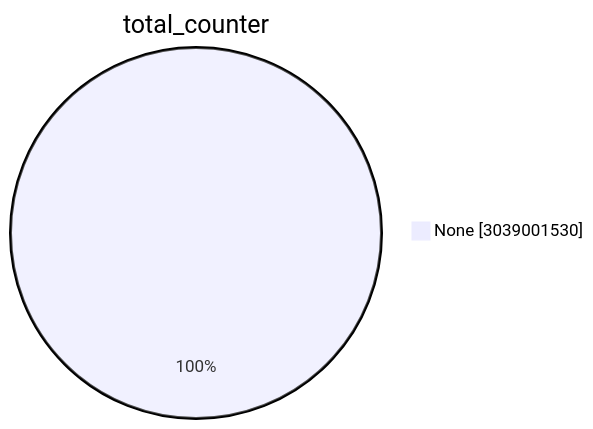
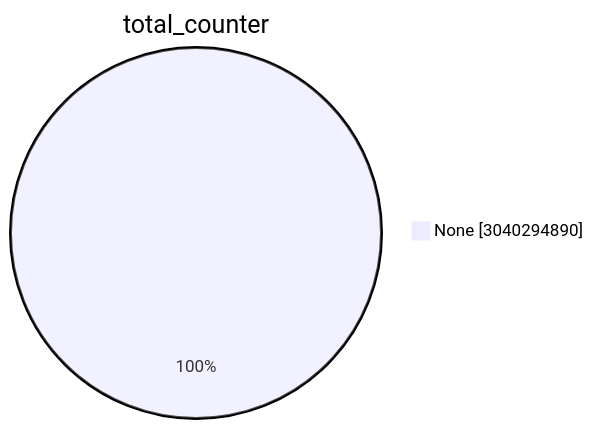
The first of 15 diagrams in TOTAL/README.md (christiankrug/ctmonitor_visualization), drawn with Mermaid before and after one commit. The commit also changed other lines of this file, not shown here.

````diff
--- a/TOTAL/README.md
+++ b/TOTAL/README.md
@@ -1,5 +1,5 @@
 ```mermaid
 pie showData
 title total_counter
-"None" :3039001530
+"None" :3040294890
 ```
````
